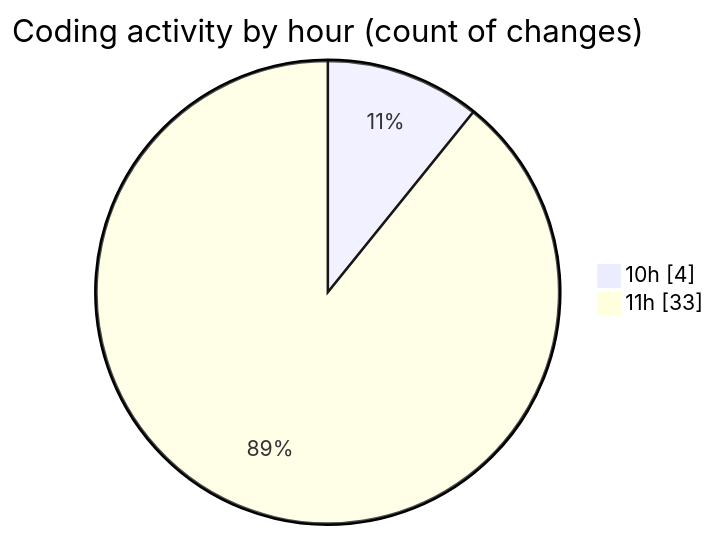
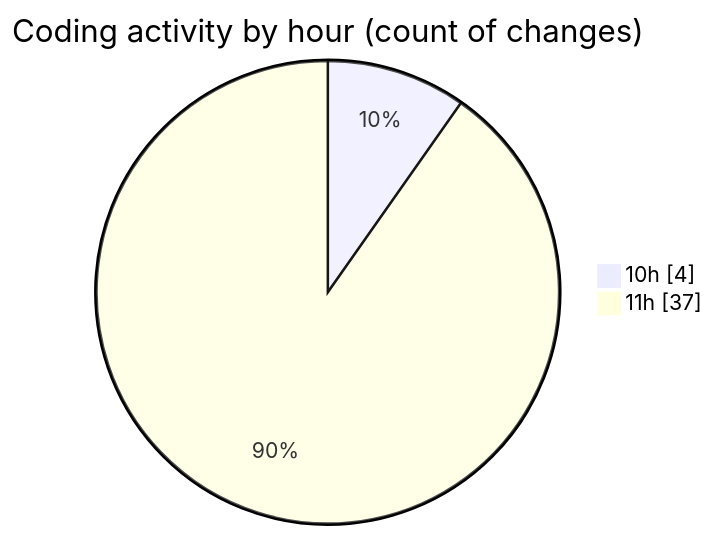
The second of 2 diagrams in 2025-07-28/nxtqube_webapp/README.md (nxtqubesakshisongat/code-tracking), drawn with Mermaid before and after one commit. The commit also changed other lines of this file and 1 other file, not shown here.

````diff
--- a/2025-07-28/nxtqube_webapp/README.md
+++ b/2025-07-28/nxtqube_webapp/README.md
@@ -51,6 +52,6 @@
 ```mermaid
 pie showData
 title Coding activity by hour (count of changes)
 "10h" : 4
-"11h" : 33
+"11h" : 37
 ```
````
